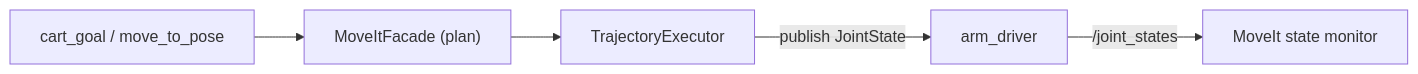
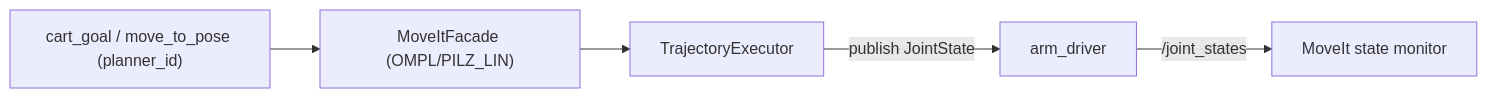
The diagram in src/arm_controller/CLAUDE.md (Misaka21/inspection-robot), drawn with Mermaid before and after one commit. The commit also changed other lines of this file and 3 other files, not shown here.

````diff
--- a/src/arm_controller/CLAUDE.md
+++ b/src/arm_controller/CLAUDE.md
@@ -55,7 +65,7 @@
 ```mermaid
 flowchart LR
-  Goal["cart_goal / move_to_pose"] --> Planner["MoveItFacade (plan)"]
+  Goal["cart_goal / move_to_pose (planner_id)"] --> Planner["MoveItFacade (OMPL/PILZ_LIN)"]
   Planner --> Exec["TrajectoryExecutor"]
   Exec -->|publish JointState| Driver["arm_driver"]
   Driver -->|/joint_states| MoveIt["MoveIt state monitor"]
 ```
````
